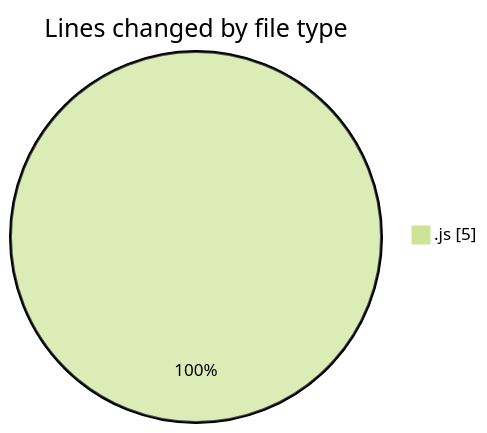
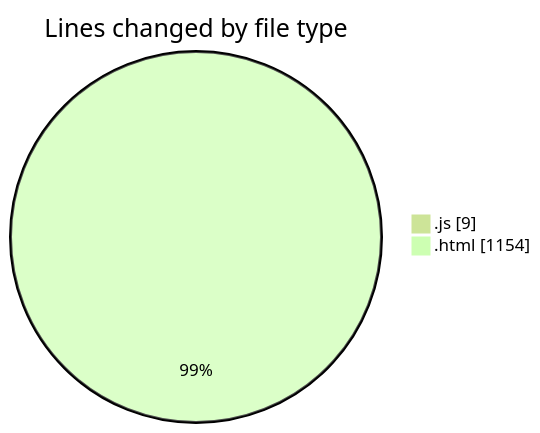
The first of 2 diagrams in 2025-12-15/technologie_web/README.md (hasnaa123/code-tracking), drawn with Mermaid (forest theme) before and after one commit. The commit also changed other lines of this file and 1 other file, not shown here.

````diff
--- a/2025-12-15/technologie_web/README.md
+++ b/2025-12-15/technologie_web/README.md
@@ -20,5 +21,6 @@
 ```mermaid
 pie showData
 title Lines changed by file type
-".js" : 5
+".js" : 9
+".html" : 1154
 ```
````
